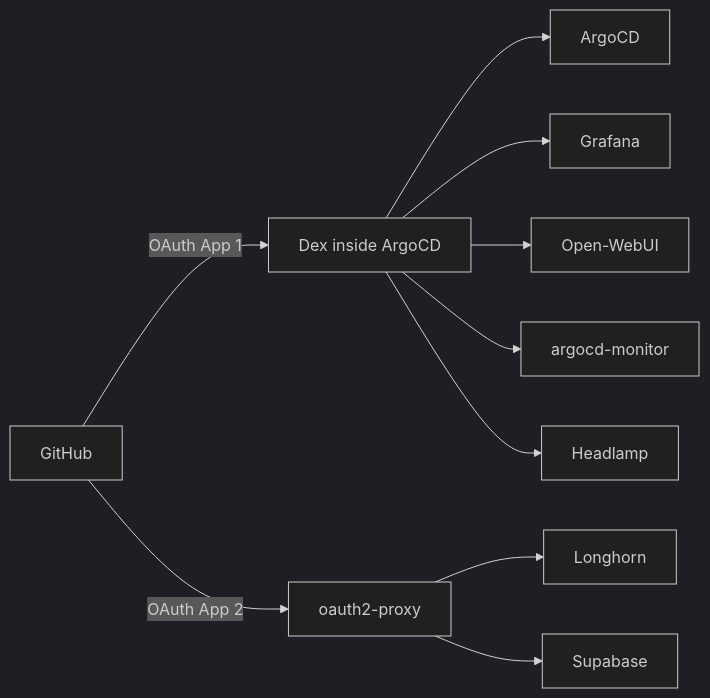
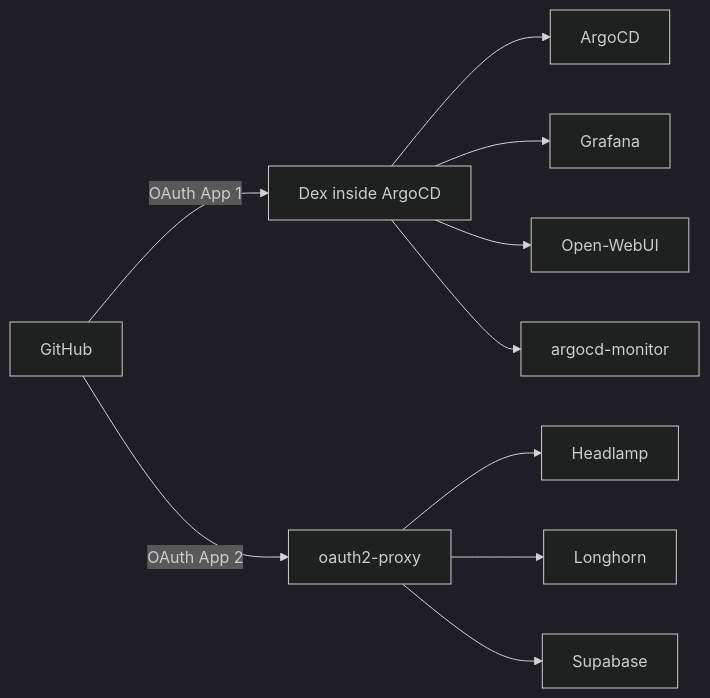
The diagram in docs/how-to/oauth-setup.md (gilesknap/tpi-k3s-ansible), drawn with Mermaid (dark theme) before and after one commit. The commit also changed other lines of this file and 6 other files, not shown here.

````diff
--- a/docs/how-to/oauth-setup.md
+++ b/docs/how-to/oauth-setup.md
@@ -14,18 +14,18 @@
 ```{mermaid}
 flowchart LR
     GH[GitHub]
     DEX[Dex inside ArgoCD]
     OAP[oauth2-proxy]
 
     GH -->|OAuth App 1| DEX
     GH -->|OAuth App 2| OAP
 
     DEX --> ArgoCD
     DEX --> Grafana
     DEX --> Open-WebUI
     DEX --> argocd-monitor
-    DEX --> Headlamp
 
+    OAP --> Headlamp
     OAP --> Longhorn
     OAP --> Supabase
 ```
````
